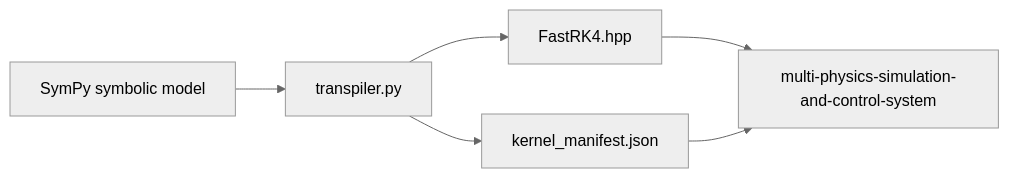
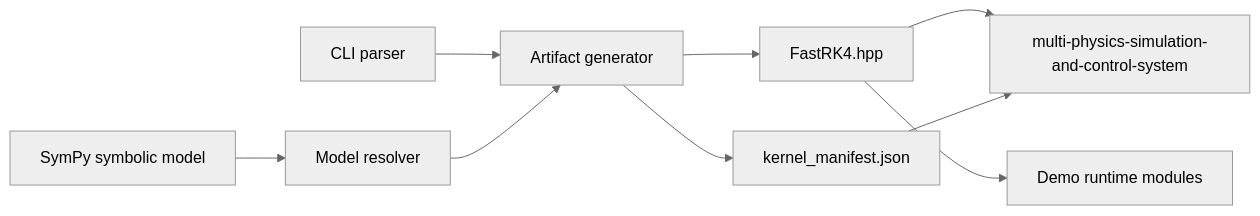
The diagram in symbolic-to-numeric-computation-pipeline/architecture.md (Industrial-Edge-Labs/docs-Industrial-Edge-Labs), drawn with Mermaid (neutral theme) before and after one commit. The commit also changed other lines of this file and 1 other file, not shown here.

Commit message:
docs: refresh symbolic pipeline implementation notes

````diff
--- a/symbolic-to-numeric-computation-pipeline/architecture.md
+++ b/symbolic-to-numeric-computation-pipeline/architecture.md
@@ -9,14 +9,20 @@
 ```mermaid
 flowchart LR
     SYM[SymPy symbolic model]
-    TP[transpiler.py]
+    CLI[CLI parser]
+    MODEL[Model resolver]
+    GEN[Artifact generator]
     HPP[FastRK4.hpp]
     MANIFEST[kernel_manifest.json]
+    DEMO[Demo runtime modules]
     MP[multi-physics-simulation-and-control-system]
 
-    SYM --> TP
-    TP --> HPP
-    TP --> MANIFEST
+    SYM --> MODEL
+    CLI --> GEN
+    MODEL --> GEN
+    GEN --> HPP
+    GEN --> MANIFEST
     HPP --> MP
     MANIFEST --> MP
+    HPP --> DEMO
 ```
````
